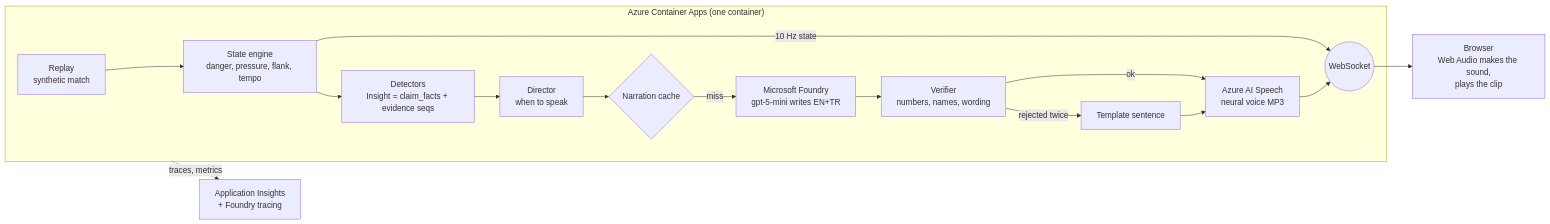
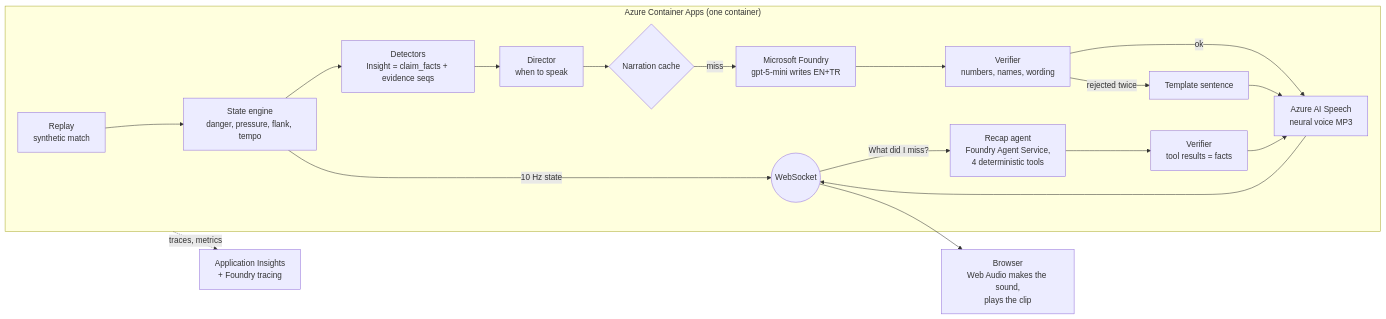
One commit to klckerim/hear-the-game changed the diagram in README.md. Above: the diagram before and after it, drawn with Mermaid. The commit also changed other lines of this file and 57 other files, not shown here.

First line of the commit message:
Add the sound tour and a Foundry recap agent for "What did I miss?"

````diff
--- a/README.md
+++ b/README.md
@@ -47,18 +53,21 @@
 ```mermaid
 flowchart LR
   subgraph Server["Azure Container Apps (one container)"]
     R[Replay<br/>synthetic match] --> S[State engine<br/>danger, pressure, flank, tempo]
     S -->|10 Hz state| WS((WebSocket))
     S --> D[Detectors<br/>Insight = claim_facts + evidence seqs]
     D --> DIR[Director<br/>when to speak]
     DIR --> C{Narration cache}
     C -- miss --> F[Microsoft Foundry<br/>gpt-5-mini writes EN+TR]
     F --> V[Verifier<br/>numbers, names, wording]
     V -- rejected twice --> T[Template sentence]
     V -- ok --> SP[Azure AI Speech<br/>neural voice MP3]
     T --> SP
     SP --> WS
+    WS -- What did I miss? --> RA[Recap agent<br/>Foundry Agent Service,<br/>4 deterministic tools]
+    RA --> RV[Verifier<br/>tool results = facts]
+    RV --> SP
   end
   WS --> B[Browser<br/>Web Audio makes the sound,<br/>plays the clip]
   Server -. traces, metrics .-> AI[Application Insights<br/>+ Foundry tracing]
 ```
````
